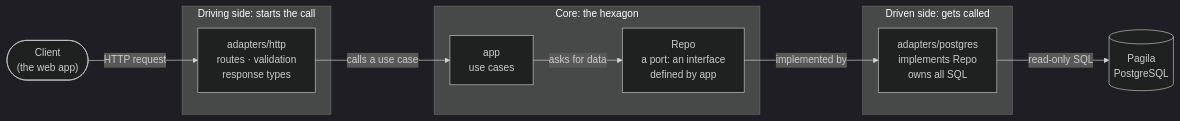
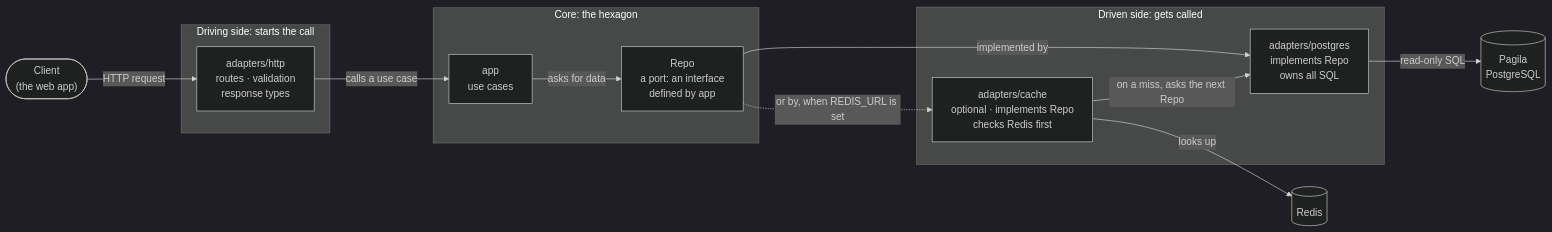
One commit to SangNguyen2810/store-operation changed the third of 8 diagrams in README.md. Above: the diagram before and after it, drawn with Mermaid (dark theme). The commit also changed other lines of this file and 14 other files, not shown here.

First line of the commit message:
Add an optional Redis query cache and drop the Rentals Explorer plan

````diff
--- a/README.md
+++ b/README.md
@@ -520,25 +534,30 @@
 ```mermaid
 flowchart LR
     client(["Client<br/>(the web app)"])
 
     subgraph driving ["Driving side: starts the call"]
         http["adapters/http<br/>routes · validation<br/>response types"]
     end
 
     subgraph core ["Core: the hexagon"]
         app["app<br/>use cases"]
         port["Repo<br/>a port: an interface<br/>defined by app"]
     end
 
     subgraph driven ["Driven side: gets called"]
+        cache["adapters/cache<br/>optional · implements Repo<br/>checks Redis first"]
         pg["adapters/postgres<br/>implements Repo<br/>owns all SQL"]
     end
 
+    redis[("Redis")]
     db[("Pagila<br/>PostgreSQL")]
 
     client -->|"HTTP request"| http
     http -->|"calls a use case"| app
     app -->|"asks for data"| port
     port -->|"implemented by"| pg
+    port -.->|"or by, when REDIS_URL is set"| cache
+    cache -->|"looks up"| redis
+    cache -->|"on a miss, asks the next Repo"| pg
     pg -->|"read-only SQL"| db
 ```
````
